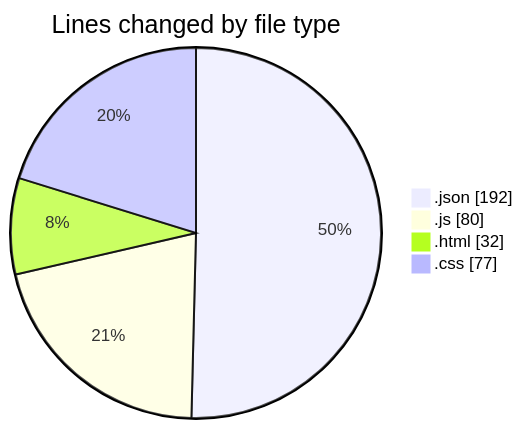
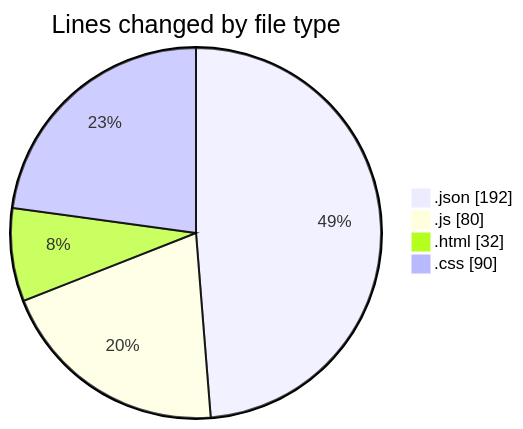
Before and after one commit to Ritupan-Deka/code-tracking: the first of 2 diagrams in 2025-07-05/hidden_search_widget/README.md, drawn with Mermaid. The commit also changed other lines of this file and 1 other file, not shown here.

````diff
--- a/2025-07-05/hidden_search_widget/README.md
+++ b/2025-07-05/hidden_search_widget/README.md
@@ -23,8 +23,8 @@
 ```mermaid
 pie showData
 title Lines changed by file type
 ".json" : 192
 ".js" : 80
 ".html" : 32
-".css" : 77
+".css" : 90
 ```
````
